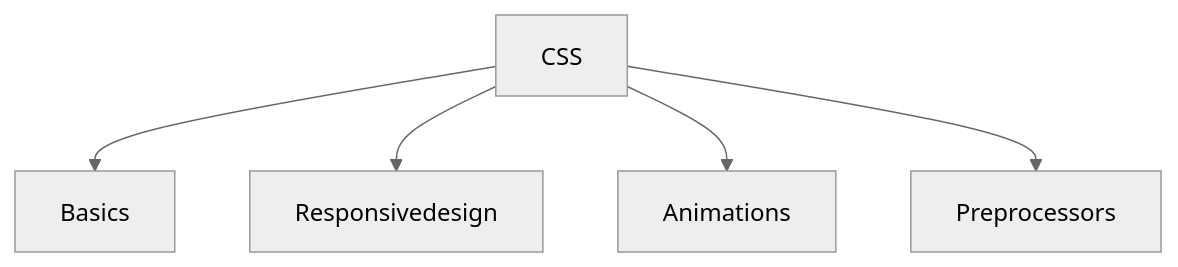
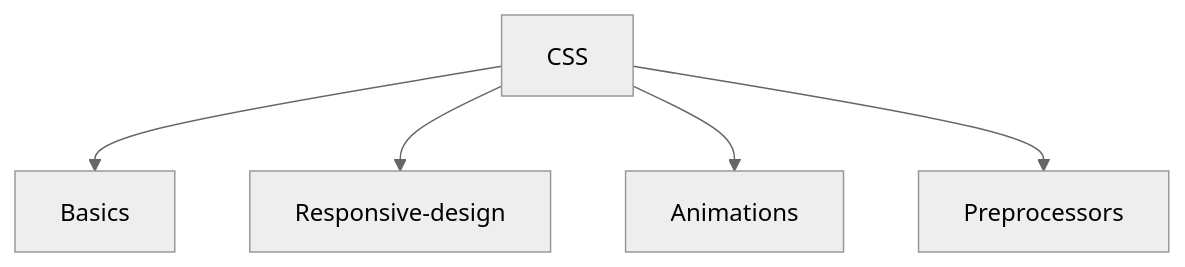
The diagram in README.md (Arya-Gupta/CSS-revision), drawn with Mermaid (neutral theme) before and after one commit. The commit also changed other lines of this file, not shown here.

````diff
--- a/README.md
+++ b/README.md
@@ -1,7 +1,7 @@
 ```mermaid
 graph TD;
     CSS-->Basics;
-    CSS-->Responsivedesign;
+    CSS-->Responsive-design;
     CSS-->Animations;
     CSS-->Preprocessors;
 ```
````
